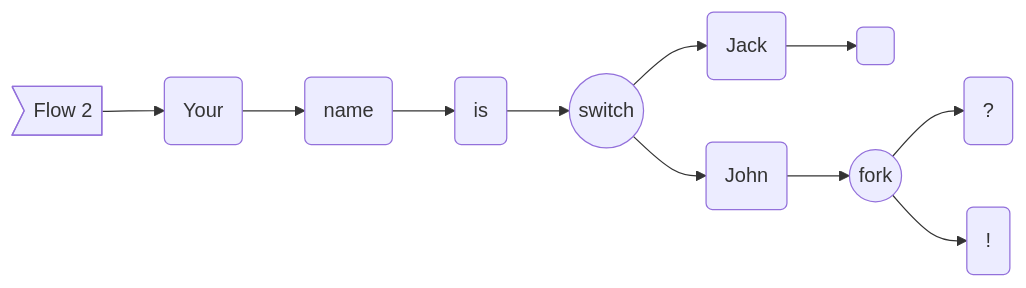
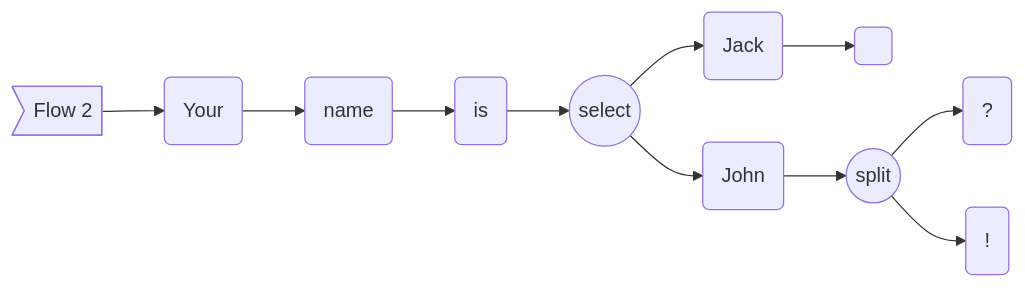
One commit to ThomasAUB/uflow changed the third of 3 diagrams in README.md. Above: the diagram before and after it, drawn with Mermaid. The commit also changed other lines of this file, not shown here.

````diff
--- a/README.md
+++ b/README.md
@@ -154,10 +165,10 @@
 ```mermaid
 flowchart LR
-IFFIBPJPNPPHAAAA>Flow 2] --> APFIBPJPNPPHAAAA(Your ) --> AJFIBPJPNPPHAAAA(name ) --> ALFIBPJPNPPHAAAA(is ) --> ALGIBPJPNPPHAAAA((switch))
+IFFIBPJPNPPHAAAA>Flow 2] --> APFIBPJPNPPHAAAA(Your ) --> AJFIBPJPNPPHAAAA(name ) --> ALFIBPJPNPPHAAAA(is ) --> ALGIBPJPNPPHAAAA((select))
 ALGIBPJPNPPHAAAA --> ABGIBPJPNPPHAAAA(Jack) --> ADGIBPJPNPPHAAAA(
 )
-ALGIBPJPNPPHAAAA --> ANFIBPJPNPPHAAAA(John) --> AJGIBPJPNPPHAAAA((fork))
+ALGIBPJPNPPHAAAA --> ANFIBPJPNPPHAAAA(John) --> AJGIBPJPNPPHAAAA((split))
 AJGIBPJPNPPHAAAA --> AFGIBPJPNPPHAAAA(?)
 AJGIBPJPNPPHAAAA --> AHGIBPJPNPPHAAAA(!)
 
 ```
````
